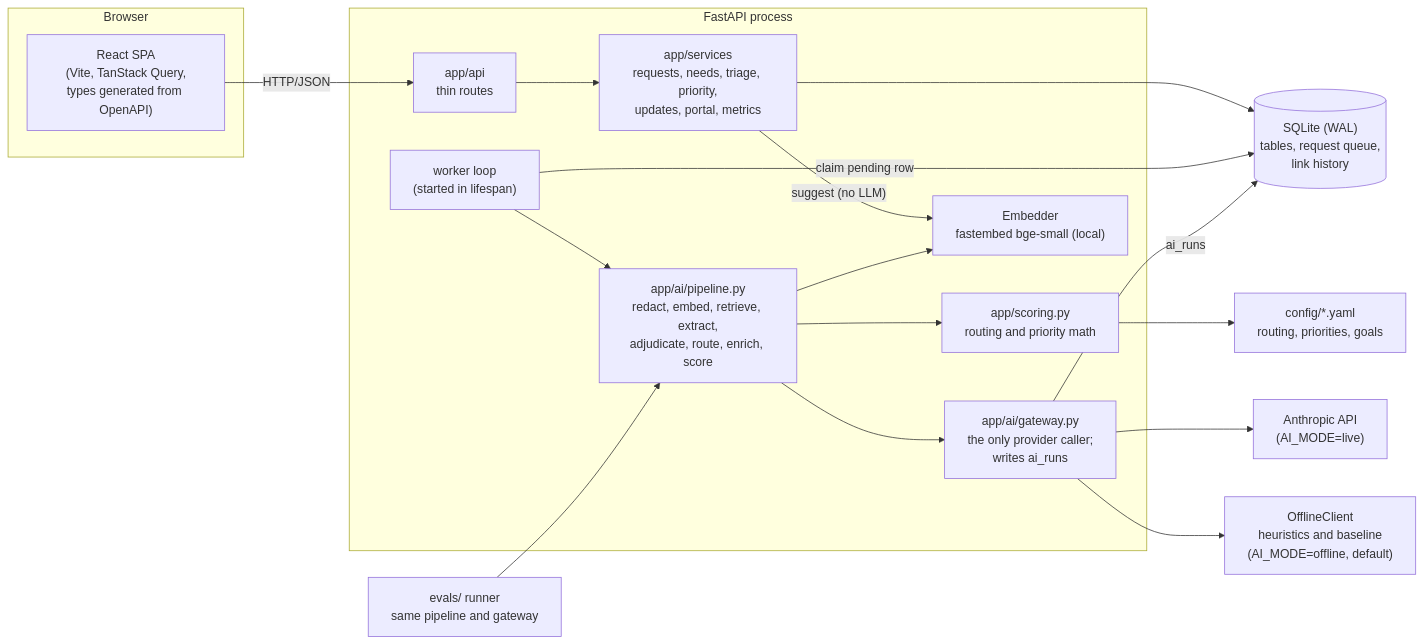
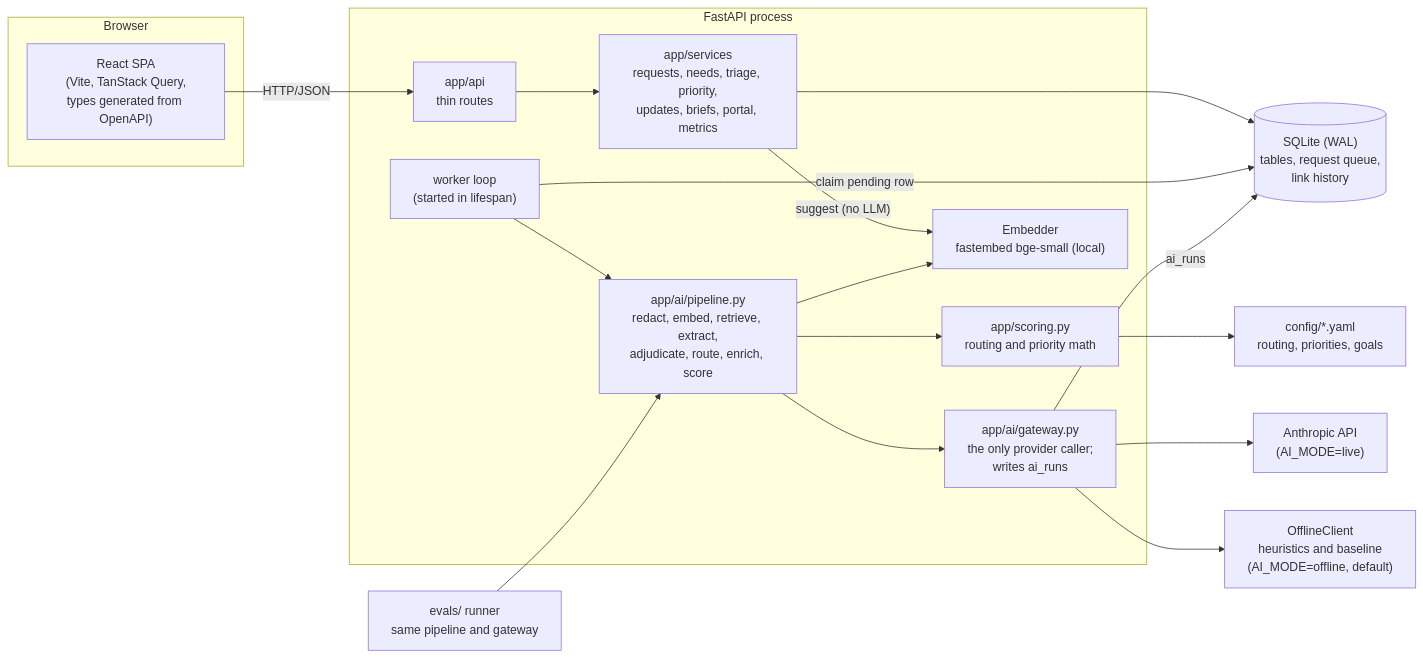
Before and after one commit to ROBERTG99/MetaCTO-Assignment: the first of 3 diagrams in docs/architecture.md, drawn with Mermaid. The commit also changed other lines of this file and 38 other files, not shown here.

First line of the commit message:
feat(ai): decision briefs with a bounded related-needs agent

````diff
--- a/docs/architecture.md
+++ b/docs/architecture.md
@@ -7,33 +7,33 @@
 ```mermaid
 flowchart LR
   subgraph Browser
     SPA["React SPA<br/>(Vite, TanStack Query,<br/>types generated from OpenAPI)"]
   end
   subgraph API["FastAPI process"]
     Routes["app/api<br/>thin routes"]
-    Services["app/services<br/>requests, needs, triage, priority,<br/>updates, portal, metrics"]
+    Services["app/services<br/>requests, needs, triage, priority,<br/>updates, briefs, portal, metrics"]
     Worker["worker loop<br/>(started in lifespan)"]
     Pipeline["app/ai/pipeline.py<br/>redact, embed, retrieve, extract,<br/>adjudicate, route, enrich, score"]
     Scoring["app/scoring.py<br/>routing and priority math"]
     Gateway["app/ai/gateway.py<br/>the only provider caller;<br/>writes ai_runs"]
     Embedder["Embedder<br/>fastembed bge-small (local)"]
   end
   DB[("SQLite (WAL)<br/>tables, request queue,<br/>link history")]
   Config["config/*.yaml<br/>routing, priorities, goals"]
   Anthropic["Anthropic API<br/>(AI_MODE=live)"]
   Offline["OfflineClient<br/>heuristics and baseline<br/>(AI_MODE=offline, default)"]
   Evals["evals/ runner<br/>same pipeline and gateway"]
 
   SPA -->|HTTP/JSON| Routes --> Services --> DB
   Services -->|"suggest (no LLM)"| Embedder
   Worker -->|claim pending row| DB
   Worker --> Pipeline
   Pipeline --> Embedder
   Pipeline --> Scoring
   Pipeline --> Gateway
   Scoring --> Config
   Gateway --> Anthropic
   Gateway --> Offline
   Gateway -->|ai_runs| DB
   Evals --> Pipeline
 ```
````
